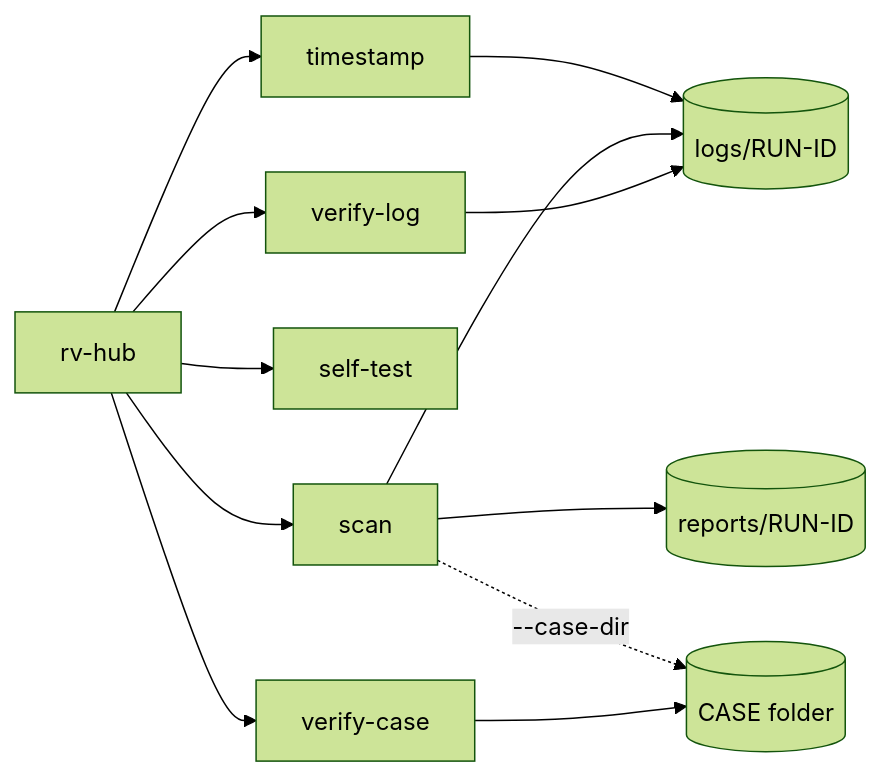
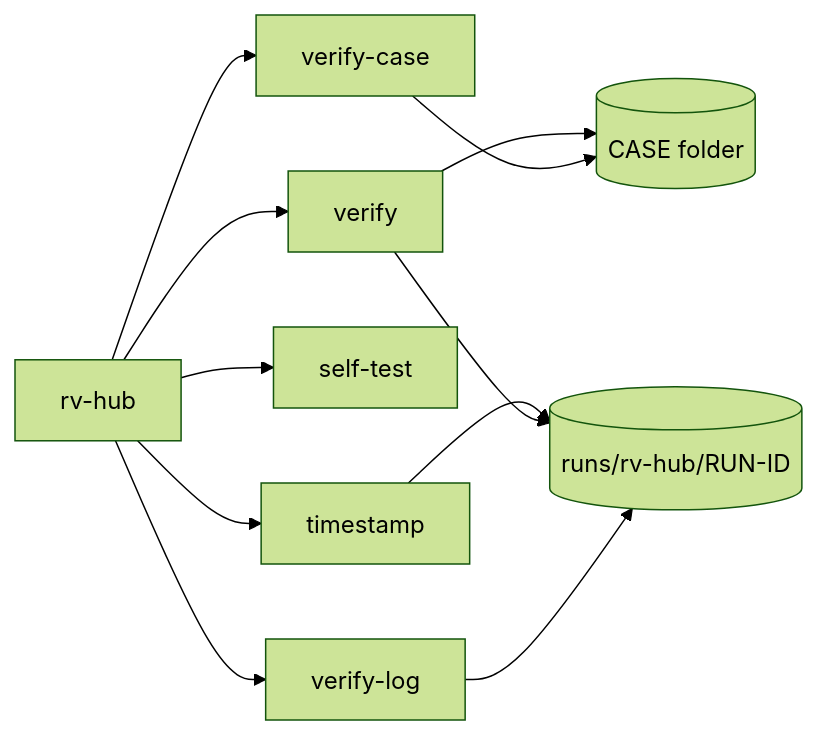
The diagram in docs/usage-cli.md (Panacota96/rv-hub), drawn with Mermaid (forest theme) before and after one commit. The commit also changed other lines of this file and 199 other files, not shown here.

First line of the commit message:
feat(core): hub core API, whole-case verify with tool cross-check, real sample case

````diff
--- a/docs/usage-cli.md
+++ b/docs/usage-cli.md
@@ -5,14 +5,13 @@
 ```mermaid
 flowchart LR
-  A[rv-hub] --> B[scan]
+  A[rv-hub] --> B[verify]
   A --> C[verify-log]
   A --> D[self-test]
   A --> T[timestamp]
   A --> V[verify-case]
   T --> E
-  B --> E[(logs/RUN-ID)]
-  B --> F[(reports/RUN-ID)]
-  B -. --case-dir .-> K[(CASE folder)]
+  B --> K[(CASE folder)]
+  B --> E[(runs/rv-hub/RUN-ID)]
   V --> K
   C --> E
 ```
````
